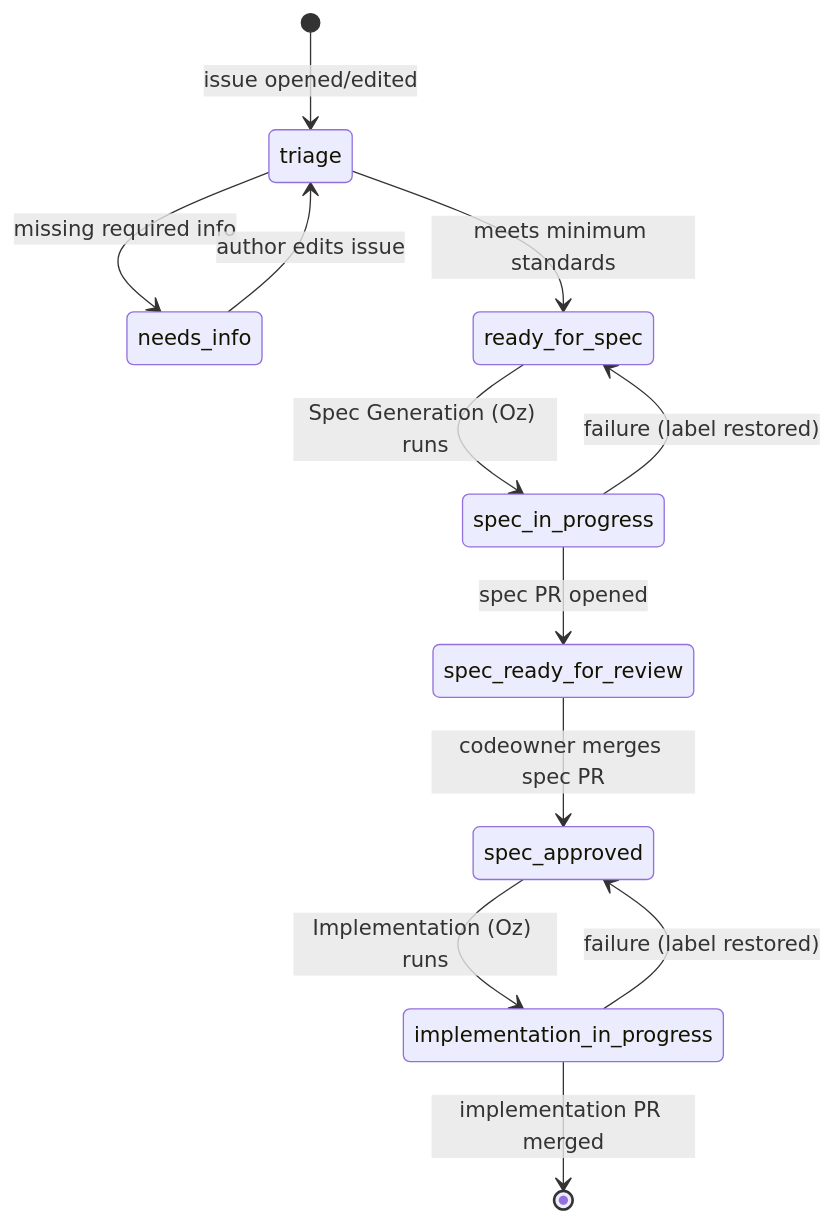
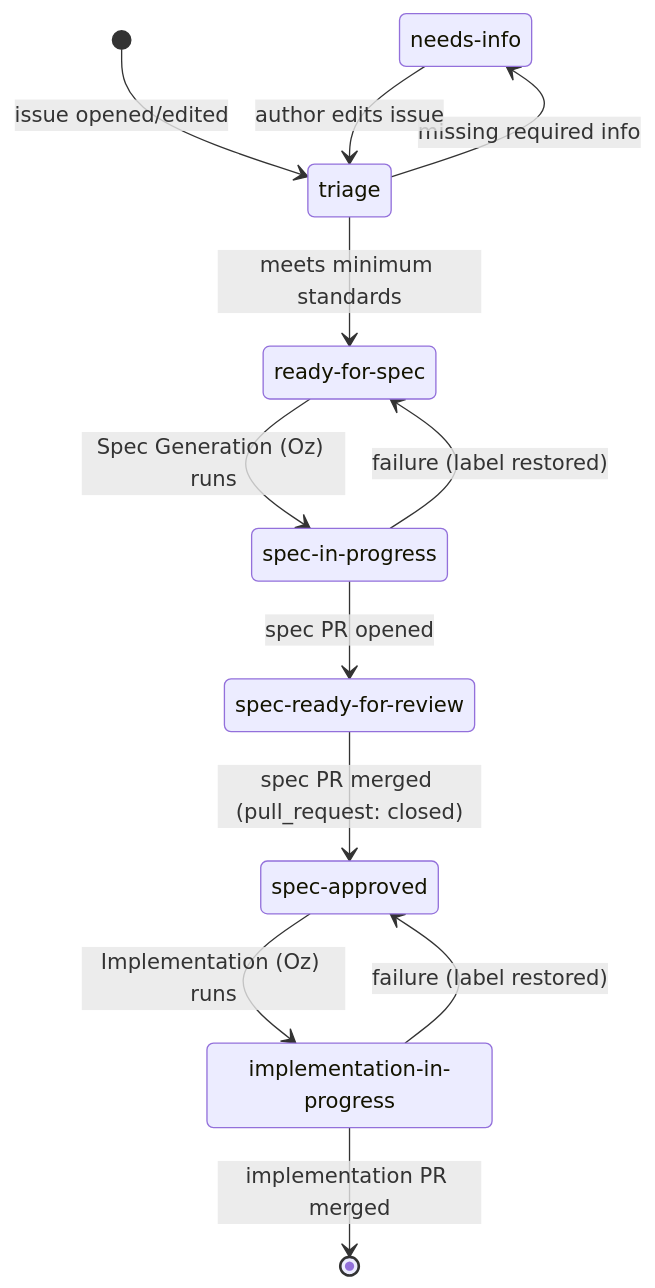
The diagram in README.md (zachreborn/terraform-modules), drawn with Mermaid before and after one commit. The commit also changed other lines of this file, not shown here.

First line of the commit message:
docs(readme): address Copilot review feedback on contributing section

````diff
--- a/README.md
+++ b/README.md
@@ -163,14 +163,21 @@
 ```mermaid
 stateDiagram-v2
+    state "needs-info" as needs_info
+    state "ready-for-spec" as ready_for_spec
+    state "spec-in-progress" as spec_in_progress
+    state "spec-ready-for-review" as spec_ready_for_review
+    state "spec-approved" as spec_approved
+    state "implementation-in-progress" as implementation_in_progress
+
     [*] --> triage: issue opened/edited
     triage --> needs_info: missing required info
     triage --> ready_for_spec: meets minimum standards
     needs_info --> triage: author edits issue
     ready_for_spec --> spec_in_progress: Spec Generation (Oz) runs
     spec_in_progress --> spec_ready_for_review: spec PR opened
     spec_in_progress --> ready_for_spec: failure (label restored)
-    spec_ready_for_review --> spec_approved: codeowner merges spec PR
+    spec_ready_for_review --> spec_approved: spec PR merged (pull_request: closed)
     spec_approved --> implementation_in_progress: Implementation (Oz) runs
     implementation_in_progress --> [*]: implementation PR merged
     implementation_in_progress --> spec_approved: failure (label restored)
 ```
````
